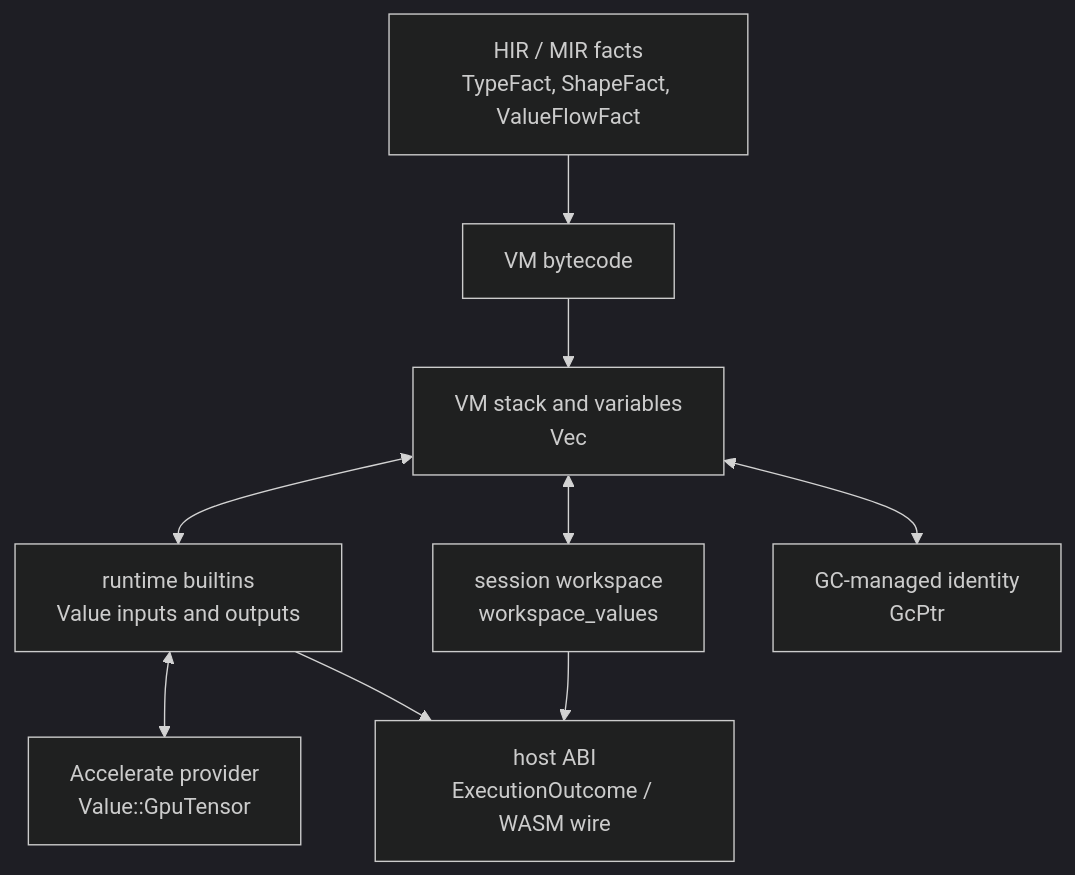
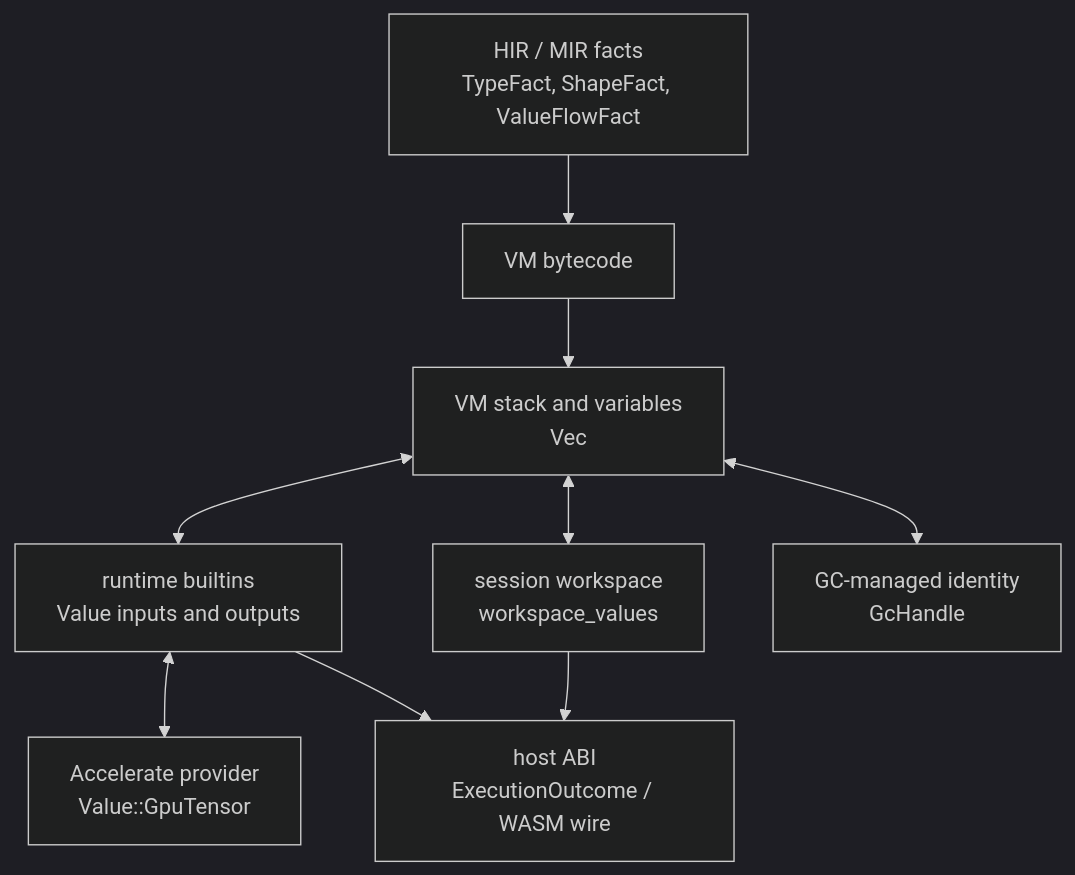
Before and after one commit to runmat-org/runmat: the diagram in docs/VALUES.md, drawn with Mermaid (dark theme). The commit also changed other lines of this file and 16 other files, not shown here.

````diff
--- a/docs/VALUES.md
+++ b/docs/VALUES.md
@@ -148,19 +148,19 @@
 ```mermaid
 flowchart TD
   HIR["HIR / MIR facts<br/>TypeFact, ShapeFact, ValueFlowFact"]
   Bytecode["VM bytecode"]
   VM["VM stack and variables<br/>Vec<Value>"]
   Builtins["runtime builtins<br/>Value inputs and outputs"]
   Workspace["session workspace<br/>workspace_values"]
-  GC["GC-managed identity<br/>GcPtr<Value>"]
+  GC["GC-managed identity<br/>GcHandle<Value>"]
   GPU["Accelerate provider<br/>Value::GpuTensor"]
   Host["host ABI<br/>ExecutionOutcome / WASM wire"]
 
   HIR --> Bytecode --> VM
   VM <--> Builtins
   VM <--> Workspace
   VM <--> GC
   Builtins <--> GPU
   Workspace --> Host
   Builtins --> Host
 ```
````
